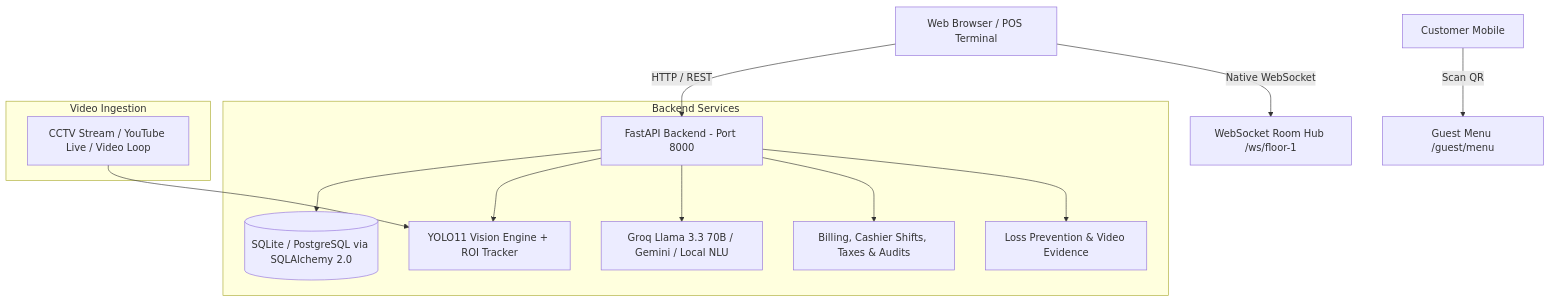
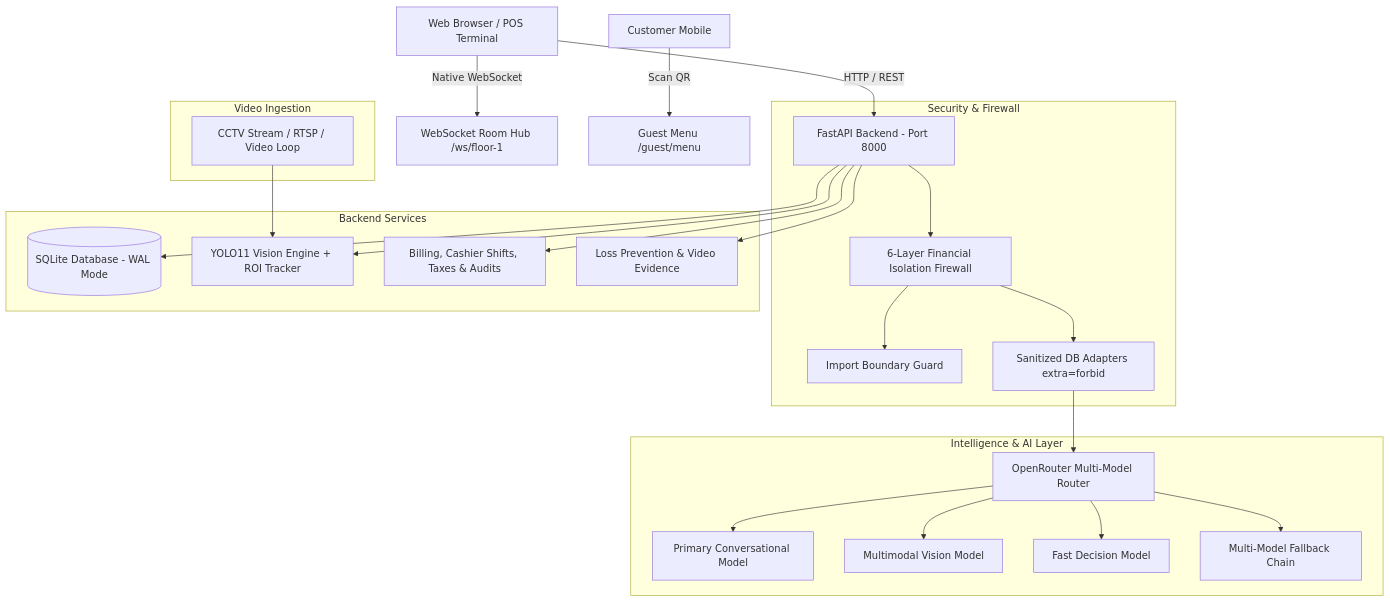
The diagram in README.md (sifymdp/lab-foh-enterprise), drawn with Mermaid before and after one commit. The commit also changed other lines of this file and 1 other file, not shown here.

````diff
--- a/README.md
+++ b/README.md
@@ -45,18 +52,31 @@
 ```mermaid
 graph TD
     Client[Web Browser / POS Terminal] -->|HTTP / REST| API[FastAPI Backend - Port 8000]
     Client -->|Native WebSocket| WS[WebSocket Room Hub /ws/floor-1]
     Guest[Customer Mobile] -->|Scan QR| GuestUI[Guest Menu /guest/menu]
     
+    subgraph Security & Firewall
+        API --> FW[6-Layer Financial Isolation Firewall]
+        FW --> IG[Import Boundary Guard]
+        FW --> SA[Sanitized DB Adapters extra=forbid]
+    end
+
+    subgraph Intelligence & AI Layer
+        SA --> OR[OpenRouter Multi-Model Router]
+        OR --> Primary[Primary Conversational Model]
+        OR --> Vision[Multimodal Vision Model]
+        OR --> Decision[Fast Decision Model]
+        OR --> Fallback[Multi-Model Fallback Chain]
+    end
+
     subgraph Backend Services
-        API --> DB[(SQLite / PostgreSQL via SQLAlchemy 2.0)]
+        API --> DB[(SQLite Database - WAL Mode)]
         API --> CV[YOLO11 Vision Engine + ROI Tracker]
-        API --> AI[Groq Llama 3.3 70B / Gemini / Local NLU]
         API --> POS[Billing, Cashier Shifts, Taxes & Audits]
         API --> LP[Loss Prevention & Video Evidence]
     end
     
     subgraph Video Ingestion
-        RTSP[CCTV Stream / YouTube Live / Video Loop] --> CV
+        RTSP[CCTV Stream / RTSP / Video Loop] --> CV
     end
 ```
````
